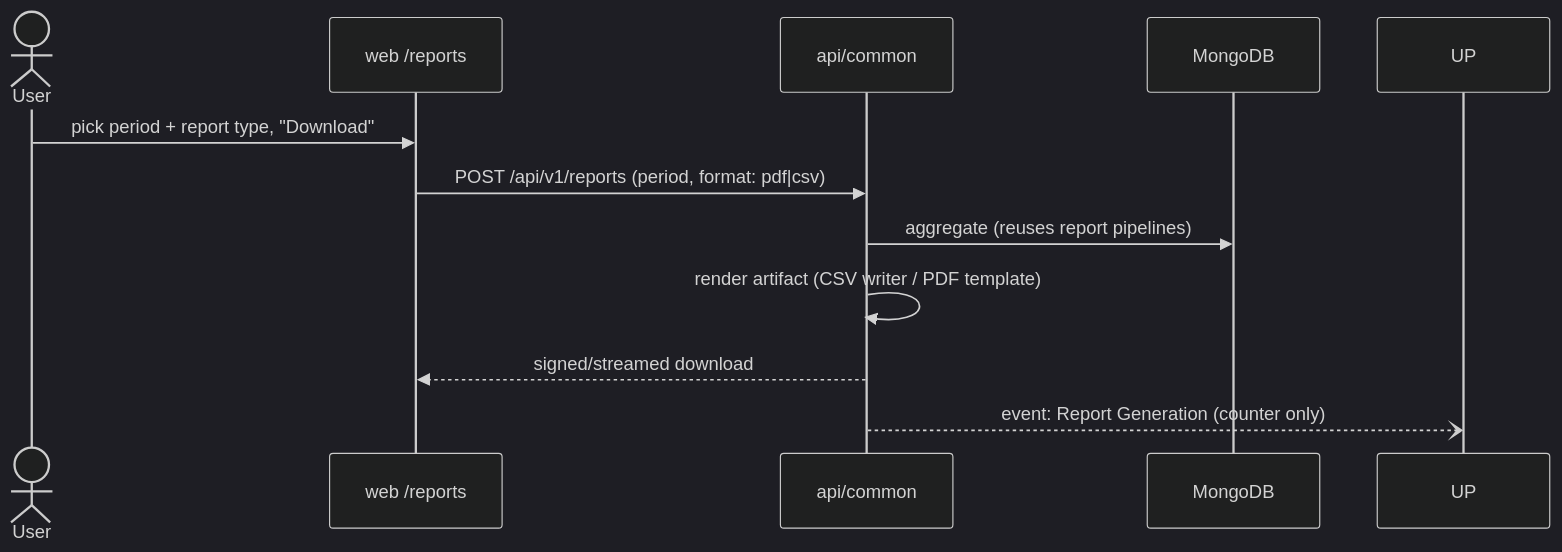
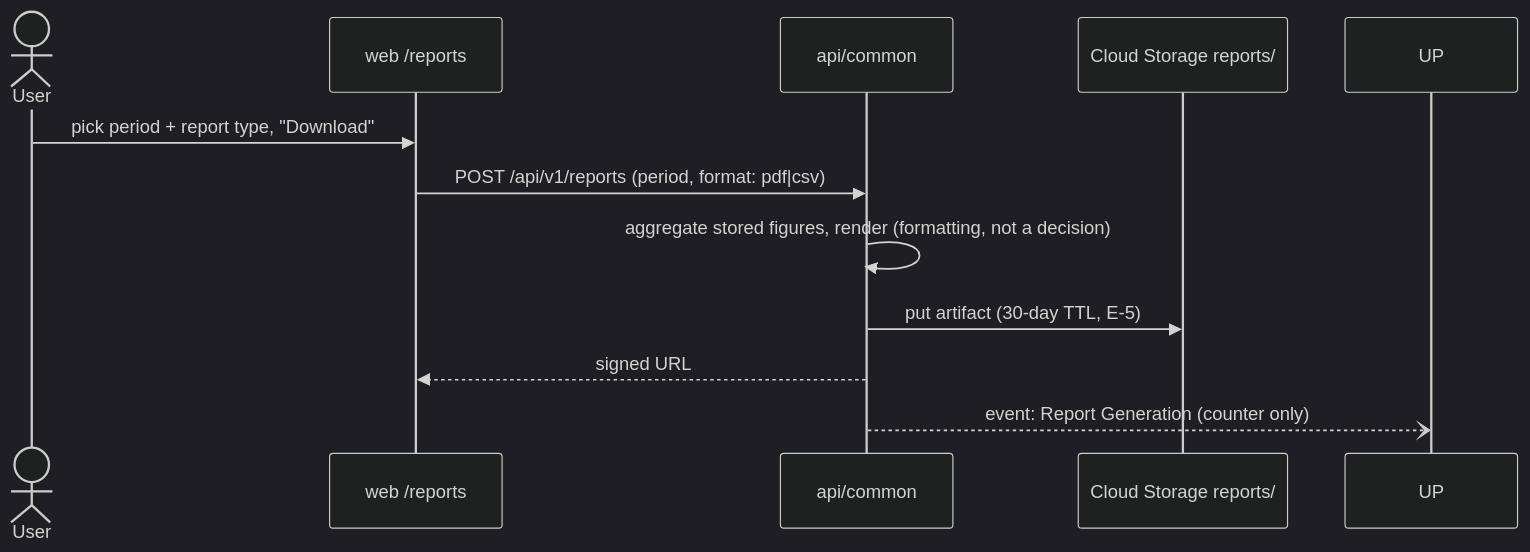
Before and after one commit to cuesoftinc/expendit: the third of 4 diagrams in docs/architecture.md, drawn with Mermaid (dark theme). The commit also changed other lines of this file and 289 other files, not shown here.

````diff
--- a/docs/architecture.md
+++ b/docs/architecture.md
@@ -170,14 +117,14 @@
 ```mermaid
 sequenceDiagram
     actor U as User
     participant W as web /reports
-    participant A as api/common
-    participant M as MongoDB
+    participant C as api/common
+    participant S as Cloud Storage reports/
 
     U->>W: pick period + report type, "Download"
-    W->>A: POST /api/v1/reports (period, format: pdf|csv)
-    A->>M: aggregate (reuses report pipelines)
-    A->>A: render artifact (CSV writer / PDF template)
-    A-->>W: signed/streamed download
-    A--)UP: event: Report Generation (counter only)
+    W->>C: POST /api/v1/reports (period, format: pdf|csv)
+    C->>C: aggregate stored figures, render (formatting, not a decision)
+    C->>S: put artifact (30-day TTL, E-5)
+    C-->>W: signed URL
+    C--)UP: event: Report Generation (counter only)
 ```
````
